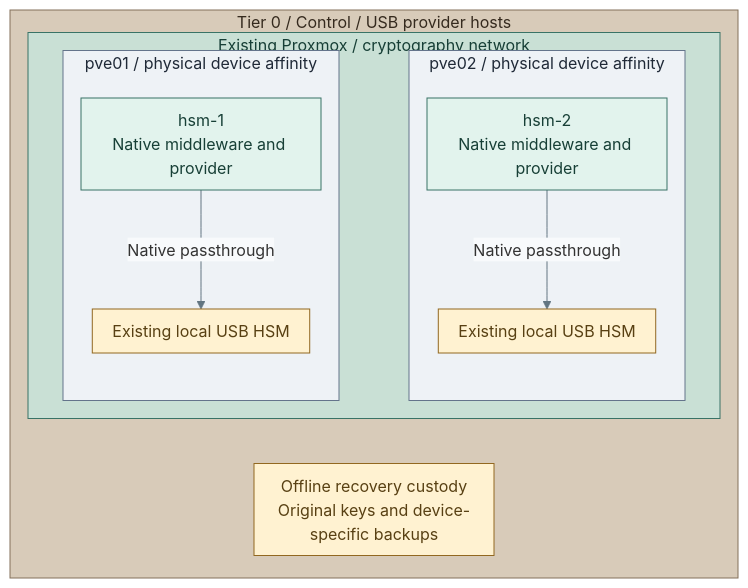
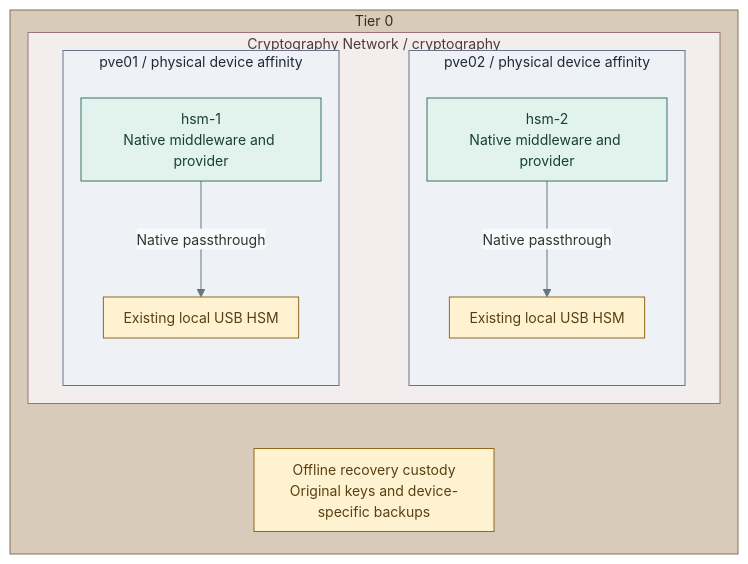
One commit to Rexus/homelab changed the diagram in docs/03-deployment/stage-3-trust/step-1b-usb-hsm.md. Above: the diagram before and after it, drawn with Mermaid. The commit also changed other lines of this file and 124 other files, not shown here.

First line of the commit message:
fix(platform): align service diagrams and directory failover

````diff
--- a/docs/03-deployment/stage-3-trust/step-1b-usb-hsm.md
+++ b/docs/03-deployment/stage-3-trust/step-1b-usb-hsm.md
@@ -15,36 +15,37 @@
 ```mermaid
-%%{init: {"theme":"base","flowchart":{"nodeSpacing":16,"rankSpacing":20,"padding":10},"themeVariables":{"lineColor":"#627581","edgeLabelBackground":"#f8fafc"}}}%%
+%%{init: {"theme":"base","flowchart":{"nodeSpacing":16,"rankSpacing":20,"padding":10},"themeVariables":{"lineColor":"#627581","edgeLabelBackground":"#f8fafc","fontFamily":"Arial, sans-serif","fontSize":"14px"},"fontFamily":"Arial, sans-serif"}}%%
 flowchart TB
-  subgraph T0["Tier 0 / Control / USB provider hosts"]
+  subgraph T0["Tier 0"]
     direction TB
-    subgraph PVE["Existing Proxmox / cryptography network"]
+    subgraph Network["Cryptography Network / cryptography"]
       direction LR
       subgraph A["pve01 / physical device affinity"]
         direction TB
         VM1["hsm-1<br/>Native middleware and provider"]
         Token1["Existing local USB HSM"]
         VM1 -->|Native passthrough| Token1
       end
       subgraph B["pve02 / physical device affinity"]
         direction TB
         VM2["hsm-2<br/>Native middleware and provider"]
         Token2["Existing local USB HSM"]
         VM2 -->|Native passthrough| Token2
       end
       A ~~~ B
     end
     Custody["Offline recovery custody<br/>Original keys and device-specific backups"]
-    PVE ~~~ Custody
+    Network ~~~ Custody
   end
   classDef default fill:#f8fafc,stroke:#64748b,color:#1f2937
   classDef control fill:#e2f3ed,stroke:#397366,color:#173f36
   classDef boundary fill:#eef2f6,stroke:#64748b,color:#1f2937
   classDef custody fill:#fff2d1,stroke:#926820,color:#584013
   class VM1,VM2 control
   class A,B boundary
   class Token1,Token2,Custody custody
   classDef tier0 fill:#d8cbb9,stroke:#83715a,color:#352a1e
   class T0 tier0
   classDef zoneControl fill:#c9e0d5,stroke:#397366,color:#173f36
-  class PVE zoneControl
+  classDef network fill:#f4eded,stroke:#9b7378,color:#50383d
+  class Network network
 ```
````
